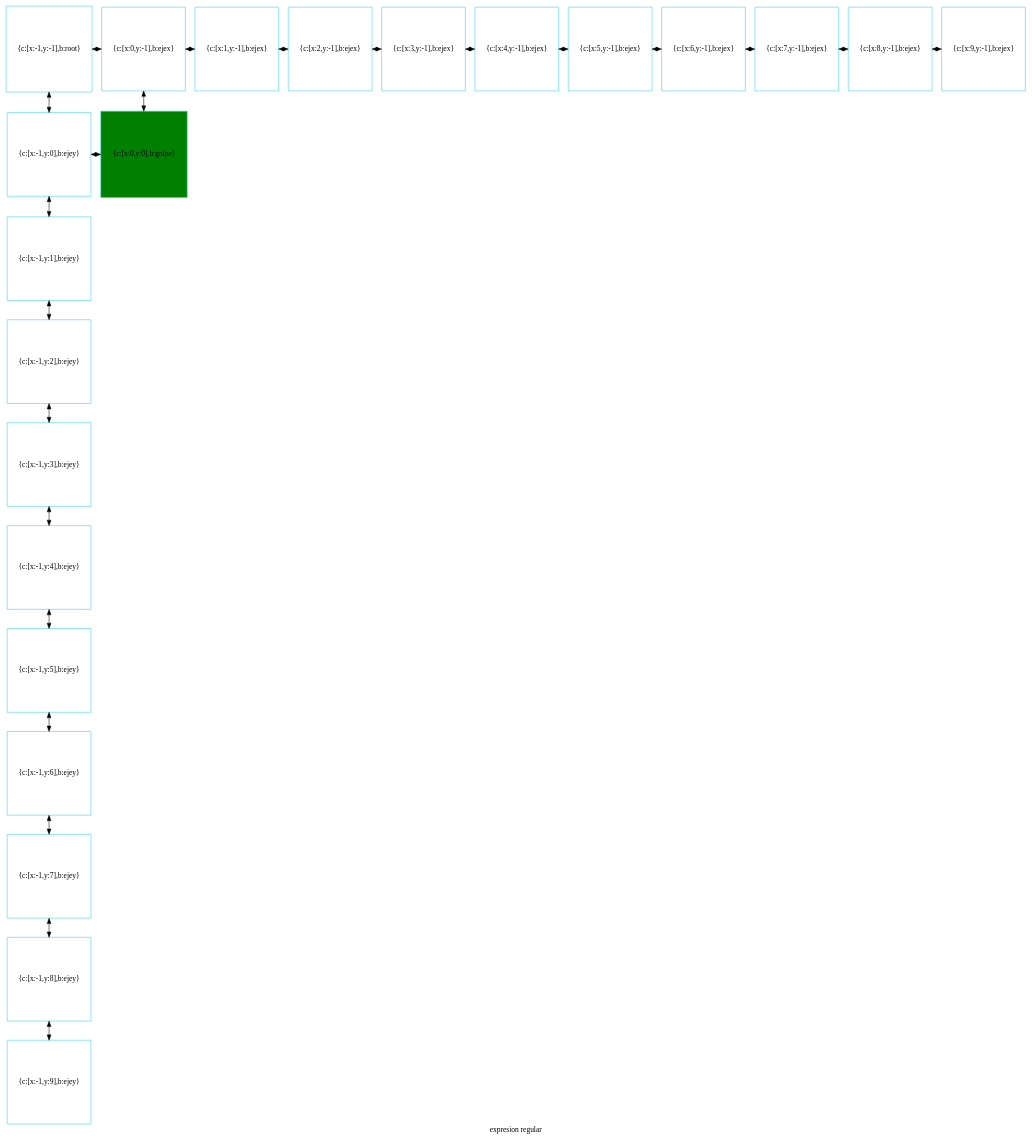
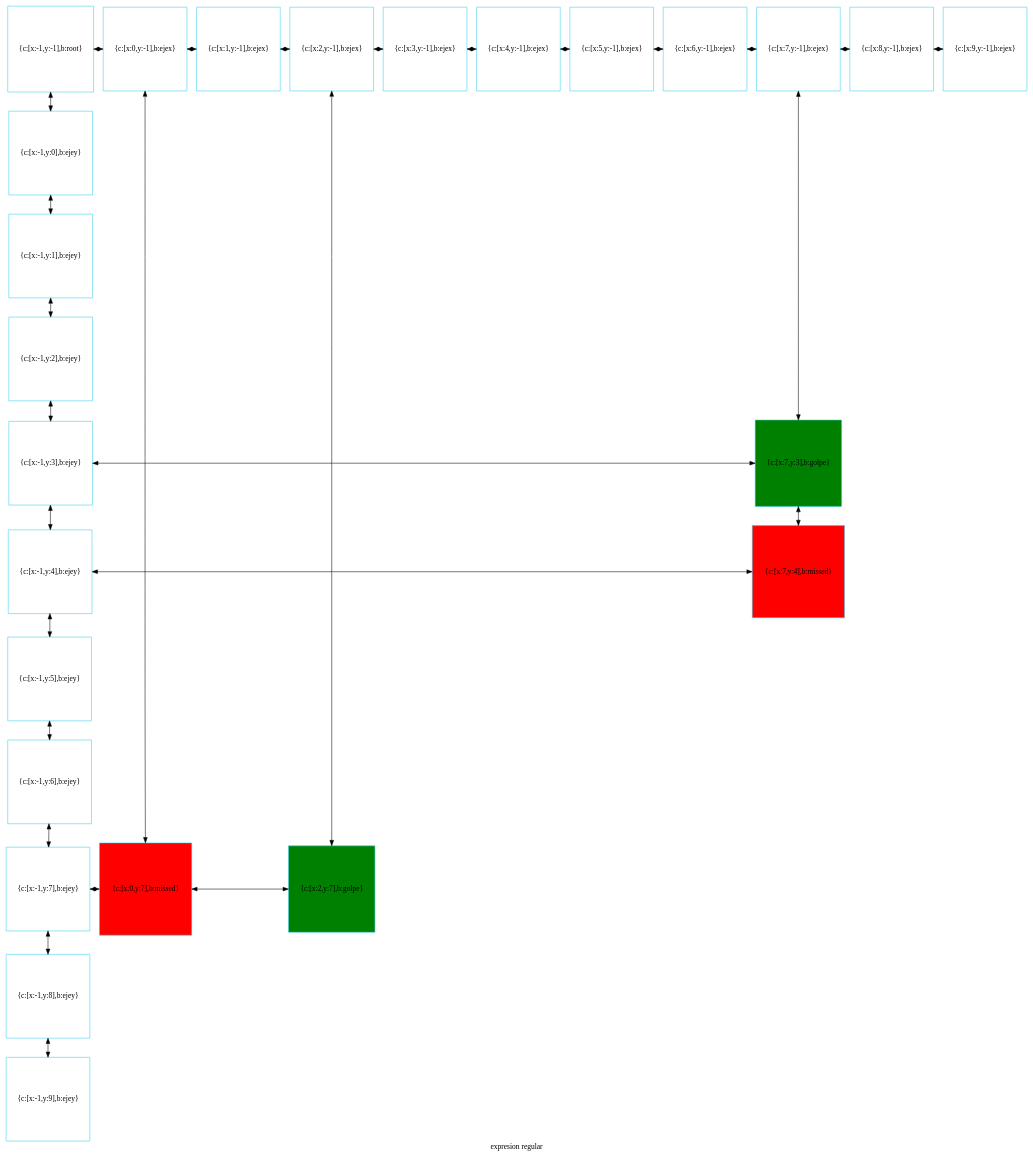
The diagram in disp_compu.dot (betebetoven/EDDS2F2), drawn with Graphviz before and after one commit. The commit also changed 18 other files, not shown here.

```diff
--- a/disp_compu.dot
+++ b/disp_compu.dot
@@ -1,64 +1,73 @@
 digraph G
 {label="expresion regular"
         node[shape = square]
         node[style = filled]
         node[fillcolor = "#EEEEE"]
         node[color = "#EEEEE"]
         node[color = "#31CEF0"]
 
-2390411979952[label="{c:[x:-1,y:-1],b:root}",fillcolor = "white"]
-2390411980432[label="{c:[x:0,y:-1],b:ejex}",fillcolor = "white"]
-2390411980576[label="{c:[x:1,y:-1],b:ejex}",fillcolor = "white"]
-2390411980720[label="{c:[x:2,y:-1],b:ejex}",fillcolor = "white"]
-2390411980864[label="{c:[x:3,y:-1],b:ejex}",fillcolor = "white"]
-2390411981008[label="{c:[x:4,y:-1],b:ejex}",fillcolor = "white"]
-2390411981152[label="{c:[x:5,y:-1],b:ejex}",fillcolor = "white"]
-2390411981296[label="{c:[x:6,y:-1],b:ejex}",fillcolor = "white"]
-2390411981440[label="{c:[x:7,y:-1],b:ejex}",fillcolor = "white"]
-2390411981584[label="{c:[x:8,y:-1],b:ejex}",fillcolor = "white"]
-2390411981728[label="{c:[x:9,y:-1],b:ejex}",fillcolor = "white"]
-2390411981872[label="{c:[x:-1,y:0],b:ejey}",fillcolor = "white"]
-2390411969968[label="{c:[x:0,y:0],b:golpe}",fillcolor = "green"]
-2390411982016[label="{c:[x:-1,y:1],b:ejey}",fillcolor = "white"]
-2390411982160[label="{c:[x:-1,y:2],b:ejey}",fillcolor = "white"]
-2390411982304[label="{c:[x:-1,y:3],b:ejey}",fillcolor = "white"]
-2390411982448[label="{c:[x:-1,y:4],b:ejey}",fillcolor = "white"]
-2390411982592[label="{c:[x:-1,y:5],b:ejey}",fillcolor = "white"]
-2390411982736[label="{c:[x:-1,y:6],b:ejey}",fillcolor = "white"]
-2390411982880[label="{c:[x:-1,y:7],b:ejey}",fillcolor = "white"]
-2390411983024[label="{c:[x:-1,y:8],b:ejey}",fillcolor = "white"]
-2390411983168[label="{c:[x:-1,y:9],b:ejey}",fillcolor = "white"]
-2390411979952->2390411981872[dir = both];
-2390411981872->2390411982016[dir = both];
-2390411982016->2390411982160[dir = both];
-2390411982160->2390411982304[dir = both];
-2390411982304->2390411982448[dir = both];
-2390411982448->2390411982592[dir = both];
-2390411982592->2390411982736[dir = both];
-2390411982736->2390411982880[dir = both];
-2390411982880->2390411983024[dir = both];
-2390411983024->2390411983168[dir = both];
-2390411980432->2390411969968[dir = both];
-2390411979952->2390411980432[dir = both];
-2390411980432->2390411980576[dir = both];
-2390411980576->2390411980720[dir = both];
-2390411980720->2390411980864[dir = both];
-2390411980864->2390411981008[dir = both];
-2390411981008->2390411981152[dir = both];
-2390411981152->2390411981296[dir = both];
-2390411981296->2390411981440[dir = both];
-2390411981440->2390411981584[dir = both];
-2390411981584->2390411981728[dir = both];
-2390411981872->2390411969968[constraint=false,dir = both];
- {rank=same; 2390411979952;2390411980432;2390411980576;2390411980720;2390411980864;2390411981008;2390411981152;2390411981296;2390411981440;2390411981584;2390411981728;}
- {rank=same; 2390411981872;2390411969968;}
- {rank=same; 2390411982016;}
- {rank=same; 2390411982160;}
- {rank=same; 2390411982304;}
- {rank=same; 2390411982448;}
- {rank=same; 2390411982592;}
- {rank=same; 2390411982736;}
- {rank=same; 2390411982880;}
- {rank=same; 2390411983024;}
- {rank=same; 2390411983168;}
+2289063191760[label="{c:[x:-1,y:-1],b:root}",fillcolor = "white"]
+2289063192240[label="{c:[x:0,y:-1],b:ejex}",fillcolor = "white"]
+2289063192384[label="{c:[x:1,y:-1],b:ejex}",fillcolor = "white"]
+2289063192528[label="{c:[x:2,y:-1],b:ejex}",fillcolor = "white"]
+2289063192672[label="{c:[x:3,y:-1],b:ejex}",fillcolor = "white"]
+2289063192816[label="{c:[x:4,y:-1],b:ejex}",fillcolor = "white"]
+2289063192960[label="{c:[x:5,y:-1],b:ejex}",fillcolor = "white"]
+2289063193104[label="{c:[x:6,y:-1],b:ejex}",fillcolor = "white"]
+2289063193248[label="{c:[x:7,y:-1],b:ejex}",fillcolor = "white"]
+2289063193392[label="{c:[x:8,y:-1],b:ejex}",fillcolor = "white"]
+2289063193536[label="{c:[x:9,y:-1],b:ejex}",fillcolor = "white"]
+2289063193680[label="{c:[x:-1,y:0],b:ejey}",fillcolor = "white"]
+2289063193824[label="{c:[x:-1,y:1],b:ejey}",fillcolor = "white"]
+2289063193968[label="{c:[x:-1,y:2],b:ejey}",fillcolor = "white"]
+2289063194112[label="{c:[x:-1,y:3],b:ejey}",fillcolor = "white"]
+2289124689712[label="{c:[x:7,y:3],b:golpe}",fillcolor = "green"]
+2289063194256[label="{c:[x:-1,y:4],b:ejey}",fillcolor = "white"]
+2289124694416[label="{c:[x:7,y:4],b:missed}",fillcolor = "red"]
+2289063194400[label="{c:[x:-1,y:5],b:ejey}",fillcolor = "white"]
+2289063194544[label="{c:[x:-1,y:6],b:ejey}",fillcolor = "white"]
+2289063194688[label="{c:[x:-1,y:7],b:ejey}",fillcolor = "white"]
+2289124694224[label="{c:[x:0,y:7],b:missed}",fillcolor = "red"]
+2289062627360[label="{c:[x:2,y:7],b:golpe}",fillcolor = "green"]
+2289063194832[label="{c:[x:-1,y:8],b:ejey}",fillcolor = "white"]
+2289063194976[label="{c:[x:-1,y:9],b:ejey}",fillcolor = "white"]
+2289063191760->2289063193680[dir = both];
+2289063193680->2289063193824[dir = both];
+2289063193824->2289063193968[dir = both];
+2289063193968->2289063194112[dir = both];
+2289063194112->2289063194256[dir = both];
+2289063194256->2289063194400[dir = both];
+2289063194400->2289063194544[dir = both];
+2289063194544->2289063194688[dir = both];
+2289063194688->2289063194832[dir = both];
+2289063194832->2289063194976[dir = both];
+2289063192240->2289124694224[dir = both];
+2289063192528->2289062627360[dir = both];
+2289063193248->2289124689712[dir = both];
+2289124689712->2289124694416[dir = both];
+2289063191760->2289063192240[dir = both];
+2289063192240->2289063192384[dir = both];
+2289063192384->2289063192528[dir = both];
+2289063192528->2289063192672[dir = both];
+2289063192672->2289063192816[dir = both];
+2289063192816->2289063192960[dir = both];
+2289063192960->2289063193104[dir = both];
+2289063193104->2289063193248[dir = both];
+2289063193248->2289063193392[dir = both];
+2289063193392->2289063193536[dir = both];
+2289063194112->2289124689712[constraint=false,dir = both];
+2289063194256->2289124694416[constraint=false,dir = both];
+2289063194688->2289124694224[constraint=false,dir = both];
+2289124694224->2289062627360[constraint=false,dir = both];
+ {rank=same; 2289063191760;2289063192240;2289063192384;2289063192528;2289063192672;2289063192816;2289063192960;2289063193104;2289063193248;2289063193392;2289063193536;}
+ {rank=same; 2289063193680;}
+ {rank=same; 2289063193824;}
+ {rank=same; 2289063193968;}
+ {rank=same; 2289063194112;2289124689712;}
+ {rank=same; 2289063194256;2289124694416;}
+ {rank=same; 2289063194400;}
+ {rank=same; 2289063194544;}
+ {rank=same; 2289063194688;2289124694224;2289062627360;}
+ {rank=same; 2289063194832;}
+ {rank=same; 2289063194976;}
 }
```
